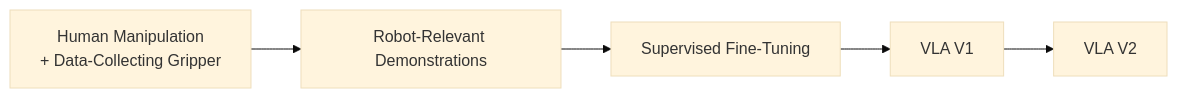
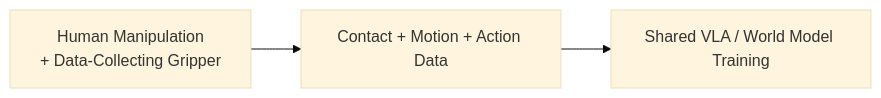
Before and after one commit to Freelunch-AI/freelunch-ide: the fifth of 17 diagrams in docs/specs/post-demo/lunch_robotics.md, drawn with Mermaid (base theme). The commit also changed other lines of this file, not shown here.

First line of the commit message:
Enhance Foundation Model Data Funnel explanation

````diff
--- a/docs/specs/post-demo/lunch_robotics.md
+++ b/docs/specs/post-demo/lunch_robotics.md
@@ -214,9 +433,7 @@
 ```mermaid
 flowchart LR
     A["Human Manipulation<br/>+ Data-Collecting Gripper"]
-    --> B["Robot-Relevant Demonstrations"]
+    --> B["Contact + Motion + Action Data"]
 
-    B --> C["Supervised Fine-Tuning"]
-    C --> D["VLA V1"]
-    D --> E["VLA V2"]
+    B --> C["Shared VLA / World Model Training"]
 ```
````
